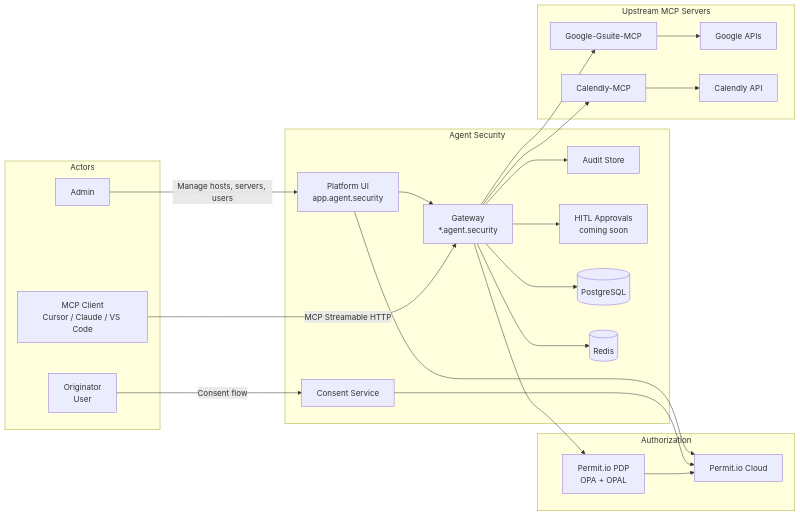
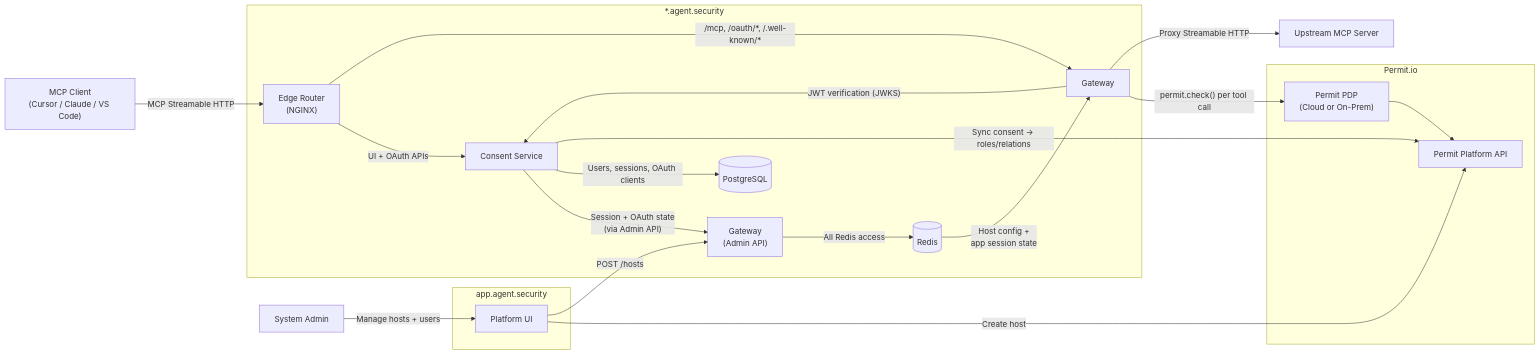
Before and after one commit to permitio/docs: the first of 7 diagrams in docs/ai-security/mcp-permissions/architecture.mdx, drawn with Mermaid. The commit also changed other lines of this file and 22 other files, not shown here.

First line of the commit message:
PER-14120 PER-14117 PER-14114 PER-14110 PER-14111 PER-14112 PER-14113 PER-14116 per-14119 PER-14118 Agent Security Docs Phase 2: Architecture diagrams, platform    guides, and Permit integration   (#612)

````diff
--- a/docs/ai-security/mcp-permissions/architecture.mdx
+++ b/docs/ai-security/mcp-permissions/architecture.mdx
@@ -25,47 +23,45 @@
 ```mermaid
-graph LR
-    subgraph Actors
-        Admin[Admin]
-        UA[Originator<br/>User]
-        AGT[MCP Client<br/>Cursor / Claude / VS Code]
-    end
+flowchart LR
+  Client["MCP Client<br/>(Cursor / Claude / VS Code)"]
+  Admin["System Admin"]
 
-    subgraph "Agent Security"
-        Platform["Platform UI<br/>app.agent.security"]
-        GW[Gateway<br/>*.agent.security]
-        CS[Consent Service]
-        LOGS[Audit Store]
-        HIL[HITL Approvals<br/>coming soon]
-        PG[(PostgreSQL)]
-        RD[(Redis)]
-    end
+  subgraph Tenant["*.agent.security"]
+    Edge["Edge Router<br/>(NGINX)"]
+    GW["Gateway"]
+    GWAdmin["Gateway<br/>(Admin API)"]
+    CS["Consent Service"]
+    PG[(PostgreSQL)]
+    REDIS[(Redis)]
+  end
 
-    subgraph Authorization
-        PDP[Permit.io PDP<br/>OPA + OPAL]
-        PERMIT[Permit.io Cloud]
-    end
+  subgraph Permit["Permit.io"]
+    PermitPDP["Permit PDP<br/>(Cloud or On-Prem)"]
+    PermitAPI["Permit Platform API"]
+    PermitPDP --> PermitAPI
+  end
 
-    subgraph "Upstream MCP Servers"
-        MCP1[Google-Gsuite-MCP]
-        MCP2[Calendly-MCP]
-        SVC1[Google APIs]
-        SVC2[Calendly API]
-    end
+  subgraph Platform["app.agent.security"]
+    PlatformUI["Platform UI"]
+  end
 
-    Admin -->|Manage hosts, servers, users| Platform
-    Platform --> GW
-    Platform --> PERMIT
-    UA -->|Consent flow| CS
-    AGT -->|MCP Streamable HTTP| GW
-    GW --> PDP
-    GW --> LOGS
-    GW --> HIL
-    GW --> MCP1
-    GW --> MCP2
-    MCP1 --> SVC1
-    MCP2 --> SVC2
-    CS --> PERMIT
-    GW --> PG
-    GW --> RD
-    PDP --> PERMIT
+  Admin -->|"Manage hosts + users"| PlatformUI
+  PlatformUI -->|"Create host"| PermitAPI
+  PlatformUI -->|"POST /hosts"| GWAdmin
+
+  Client -- "MCP Streamable HTTP" --> Edge
+  Edge -- "UI + OAuth APIs" --> CS
+  Edge -- "/mcp, /oauth/*, /.well-known/*" --> GW
+
+  GWAdmin -->|"All Redis access"| REDIS
+  CS -->|"Session + OAuth state<br/>(via Admin API)"| GWAdmin
+  REDIS -->|"Host config +<br/>app session state"| GW
+
+  CS -- "Users, sessions, OAuth clients" --> PG
+  GW -- "JWT verification (JWKS)" --> CS
+  GW -- "permit.check() per tool call" --> PermitPDP
+  CS -->|"Sync consent → roles/relations"| PermitAPI
+
+  GW -- "Proxy Streamable HTTP" --> Upstream
+
+  Upstream["Upstream MCP Server"]
 ```
````
